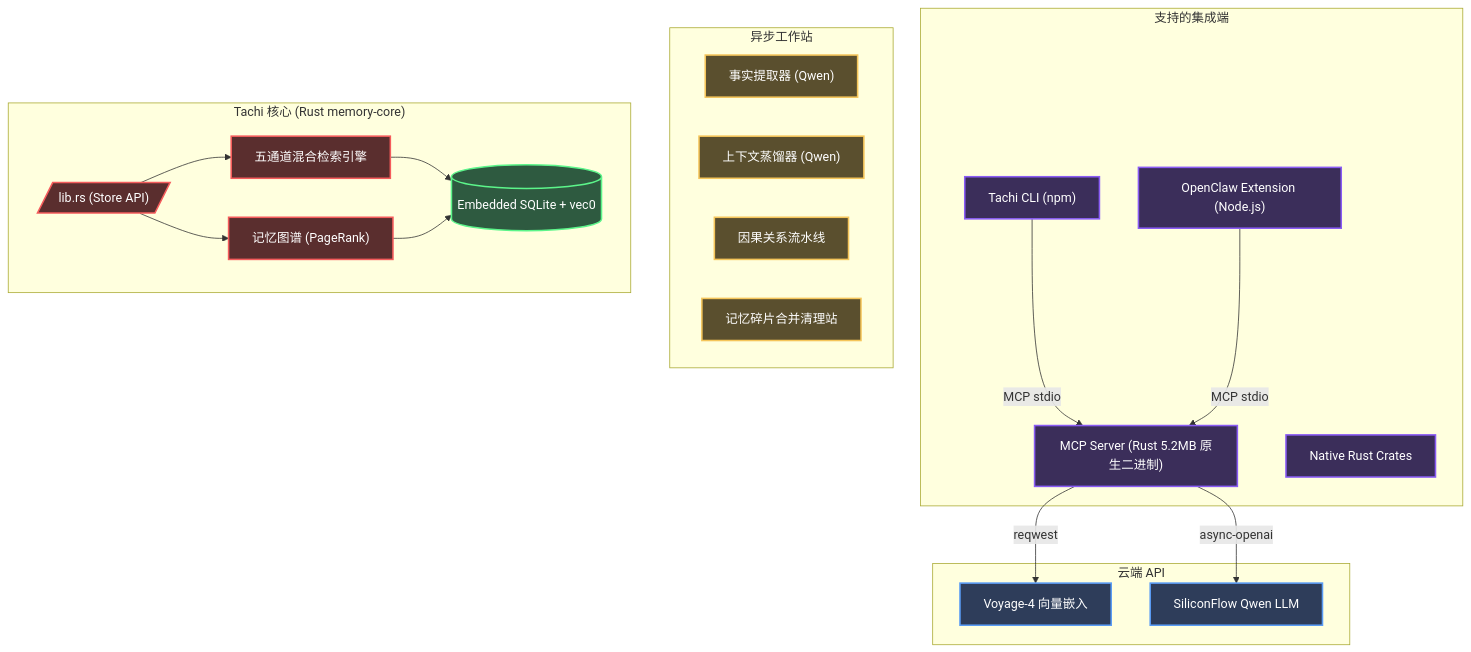
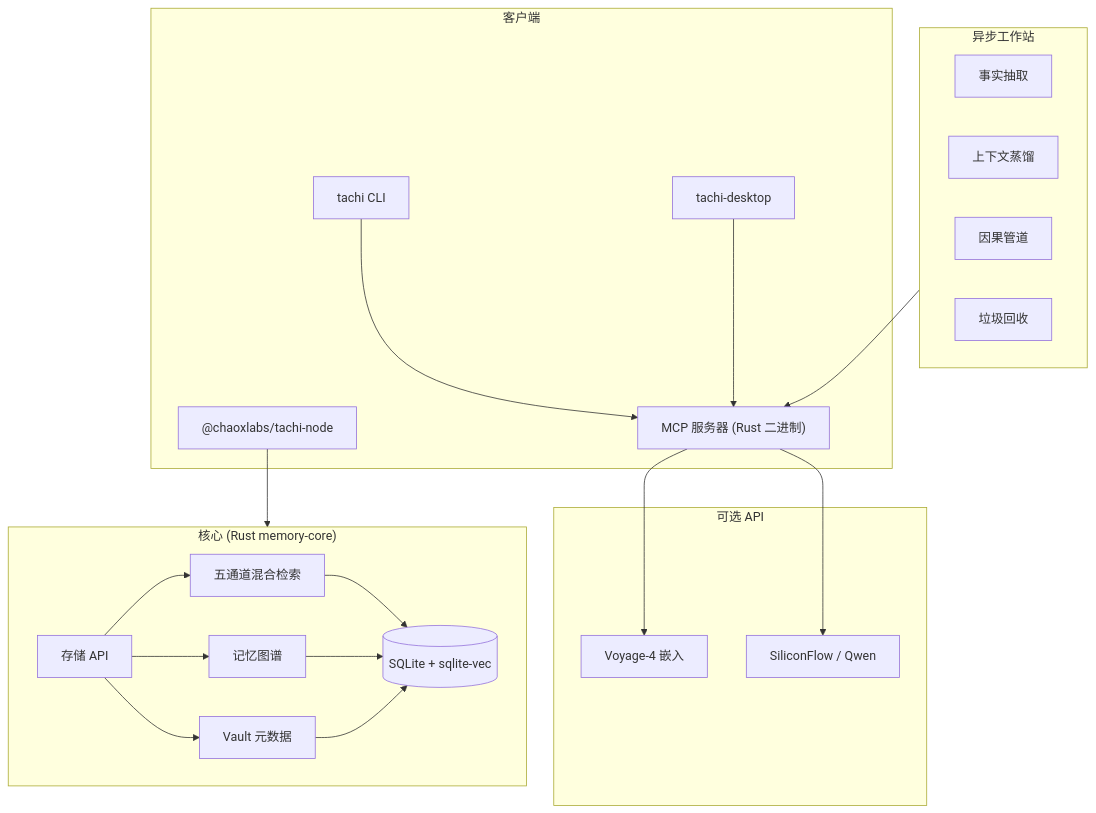
Before and after one commit to kckylechen1/Tachi: the diagram in README.zh-CN.md, drawn with Mermaid. The commit also changed other lines of this file and 9 other files, not shown here.

````diff
--- a/README.zh-CN.md
+++ b/README.zh-CN.md
@@ -270,48 +158,43 @@
 ```mermaid
 graph TD
-    subgraph Clients["支持的集成端"]
-        CLI["Tachi CLI (npm)"]
-        RMCP["MCP Server (Rust 5.2MB 原生二进制)"]
-        OC["OpenClaw Extension (Node.js)"]
-        NATIVE["Native Rust Crates"]
+    subgraph Clients["客户端"]
+        CLI["tachi CLI"]
+        RMCP["MCP 服务器 (Rust 二进制)"]
+        Desktop["tachi-desktop"]
+        Node["@chaoxlabs/tachi-node"]
     end
 
-    subgraph Cloud["云端 API"]
-        VOYAGE["Voyage-4 向量嵌入"]
-        SILICON["SiliconFlow Qwen LLM"]
+    subgraph Cloud["可选 API"]
+        VOYAGE["Voyage-4 嵌入"]
+        SILICON["SiliconFlow / Qwen"]
     end
 
-    subgraph Operations["异步工作站"]
-        EXTRACT["事实提取器 (Qwen)"]
-        DISTILL["上下文蒸馏器 (Qwen)"]
-        CAUSAL["因果关系流水线"]
-        CONSOLIDATE["记忆碎片合并清理站"]
+    subgraph Workers["异步工作站"]
+        EXTRACT["事实抽取"]
+        DISTILL["上下文蒸馏"]
+        CAUSAL["因果管道"]
+        GC["垃圾回收"]
     end
 
-    subgraph Core["Tachi 核心 (Rust memory-core)"]
-        LIB[/"lib.rs (Store API)"/]
-
-        LIB --> SEARCH["五通道混合检索引擎"]
-        LIB --> GRAPH["记忆图谱 (PageRank)"]
-
-        SEARCH --> SQLITE[("Embedded SQLite + vec0")]
-        GRAPH --> SQLITE
+    subgraph Core["核心 (Rust memory-core)"]
+        API["存储 API"]
+        SEARCH["五通道混合检索"]
+        GRAPH["记忆图谱"]
+        VAULT["Vault 元数据"]
+        API --> SEARCH
+        API --> GRAPH
+        API --> VAULT
+        SEARCH --> DB
+        GRAPH --> DB
+        VAULT --> DB
     end
 
-    RMCP -->|"reqwest"| VOYAGE
-    RMCP -->|"async-openai"| SILICON
-    CLI -->|"MCP stdio"| RMCP
-    OC -->|"MCP stdio"| RMCP
+    DB[(SQLite + sqlite-vec)]
 
-    classDef client fill:#3b2e5a,stroke:#8a5cf5,stroke-width:2px,color:#fff;
-    classDef cloud fill:#2e3d5a,stroke:#5a9cf5,stroke-width:2px,color:#fff;
-    classDef worker fill:#5a4f2e,stroke:#f5c55a,stroke-width:2px,color:#fff;
-    classDef rust fill:#5a2e2e,stroke:#f55c5c,stroke-width:2px,color:#fff;
-    classDef db fill:#2e5a40,stroke:#5cf58a,stroke-width:2px,color:#fff;
-
-    class CLI,RMCP,OC,NATIVE client;
-    class VOYAGE,SILICON cloud;
-    class EXTRACT,DISTILL,CAUSAL,CONSOLIDATE worker;
-    class LIB,SEARCH,GRAPH rust;
-    class SQLITE db;
+    RMCP --> VOYAGE
+    RMCP --> SILICON
+    CLI --> RMCP
+    Desktop --> RMCP
+    Node --> Core
+    Workers --> RMCP
 ```
````
